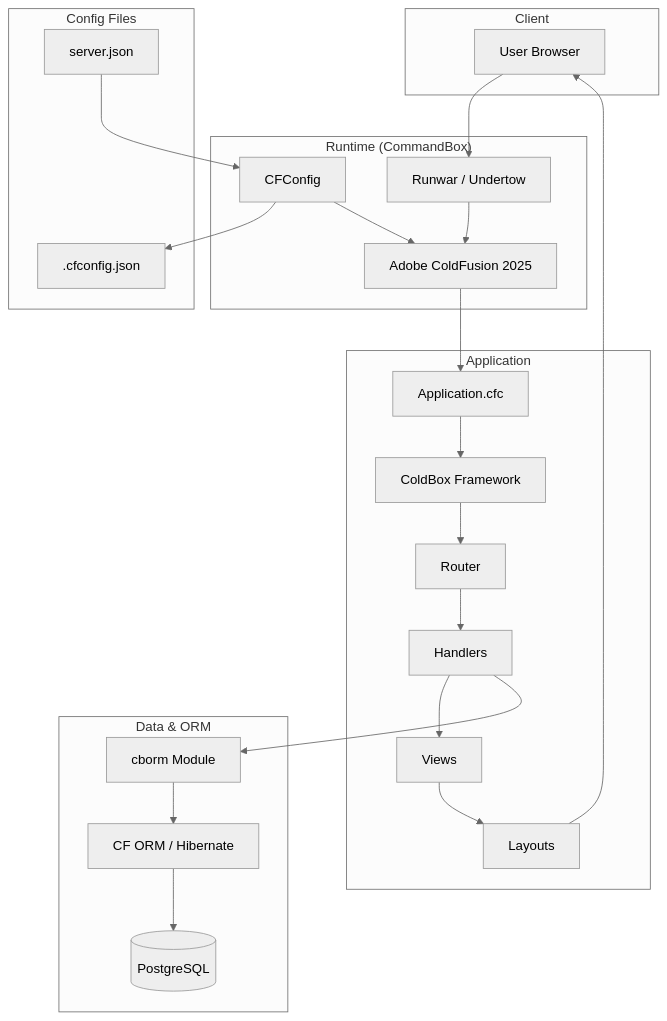
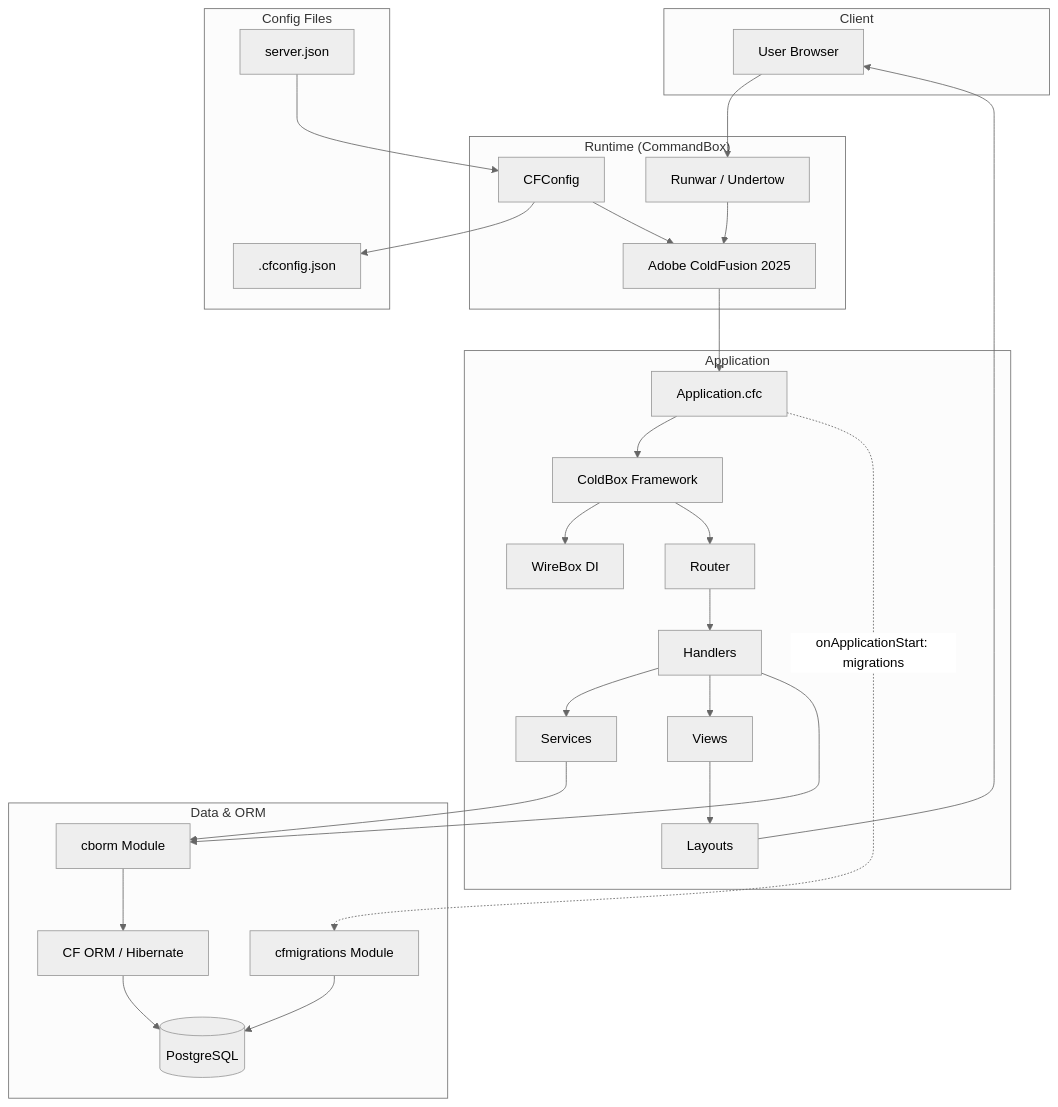
One commit to mattburnett-repo/servepoint changed the diagram in design/mermaid/architecture.md. Above: the diagram before and after it, drawn with Mermaid (neutral theme). The commit also changed other lines of this file and 24 other files, not shown here.

````diff
--- a/design/mermaid/architecture.md
+++ b/design/mermaid/architecture.md
@@ -5,48 +5,56 @@
 ```mermaid
 flowchart TB
     subgraph Client["Client"]
         Browser[User Browser]
     end
 
     subgraph Runtime["Runtime (CommandBox)"]
         Runwar[Runwar / Undertow]
         CFConfig[CFConfig]
         ACF[Adobe ColdFusion 2025]
     end
 
     subgraph App["Application"]
         AppCfc[Application.cfc]
         ColdBox[ColdBox Framework]
+        WireBox[WireBox DI]
         Router[Router]
         Handlers[Handlers]
+        Services[Services]
         Views[Views]
         Layouts[Layouts]
     end
 
     subgraph Data["Data & ORM"]
         cborm[cborm Module]
+        cfmigrations[cfmigrations Module]
         ORM[CF ORM / Hibernate]
         PG[(PostgreSQL)]
     end
 
     subgraph Config["Config Files"]
         serverJson[server.json]
         cfconfigJson[.cfconfig.json]
     end
 
     Browser --> Runwar
     Runwar --> ACF
     serverJson --> CFConfig
     CFConfig --> cfconfigJson
     CFConfig --> ACF
     ACF --> AppCfc
     AppCfc --> ColdBox
+    ColdBox --> WireBox
     ColdBox --> Router
     Router --> Handlers
+    Handlers --> Services
     Handlers --> Views
     Views --> Layouts
     Layouts --> Browser
+    Services --> cborm
     Handlers --> cborm
     cborm --> ORM
     ORM --> PG
+    AppCfc -.->|"onApplicationStart: migrations"| cfmigrations
+    cfmigrations --> PG
 ```
````
